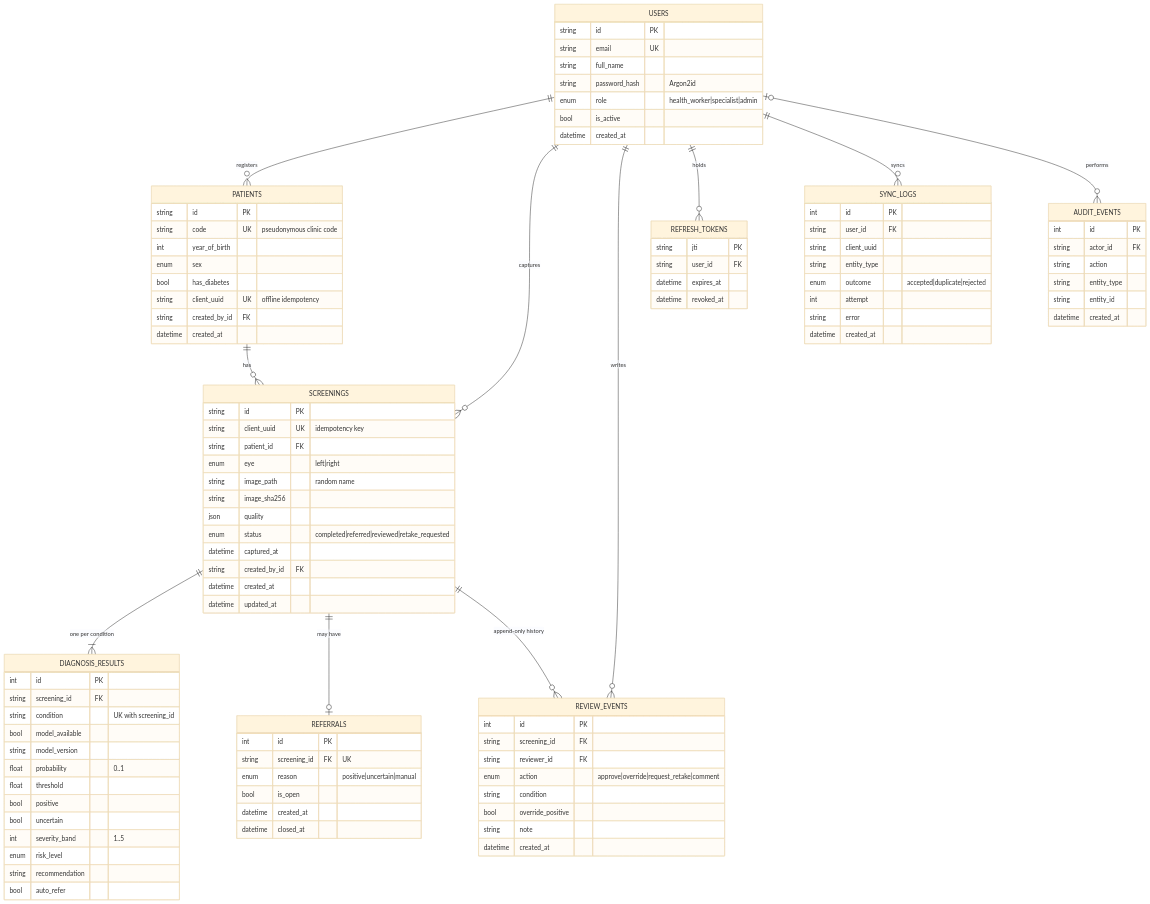
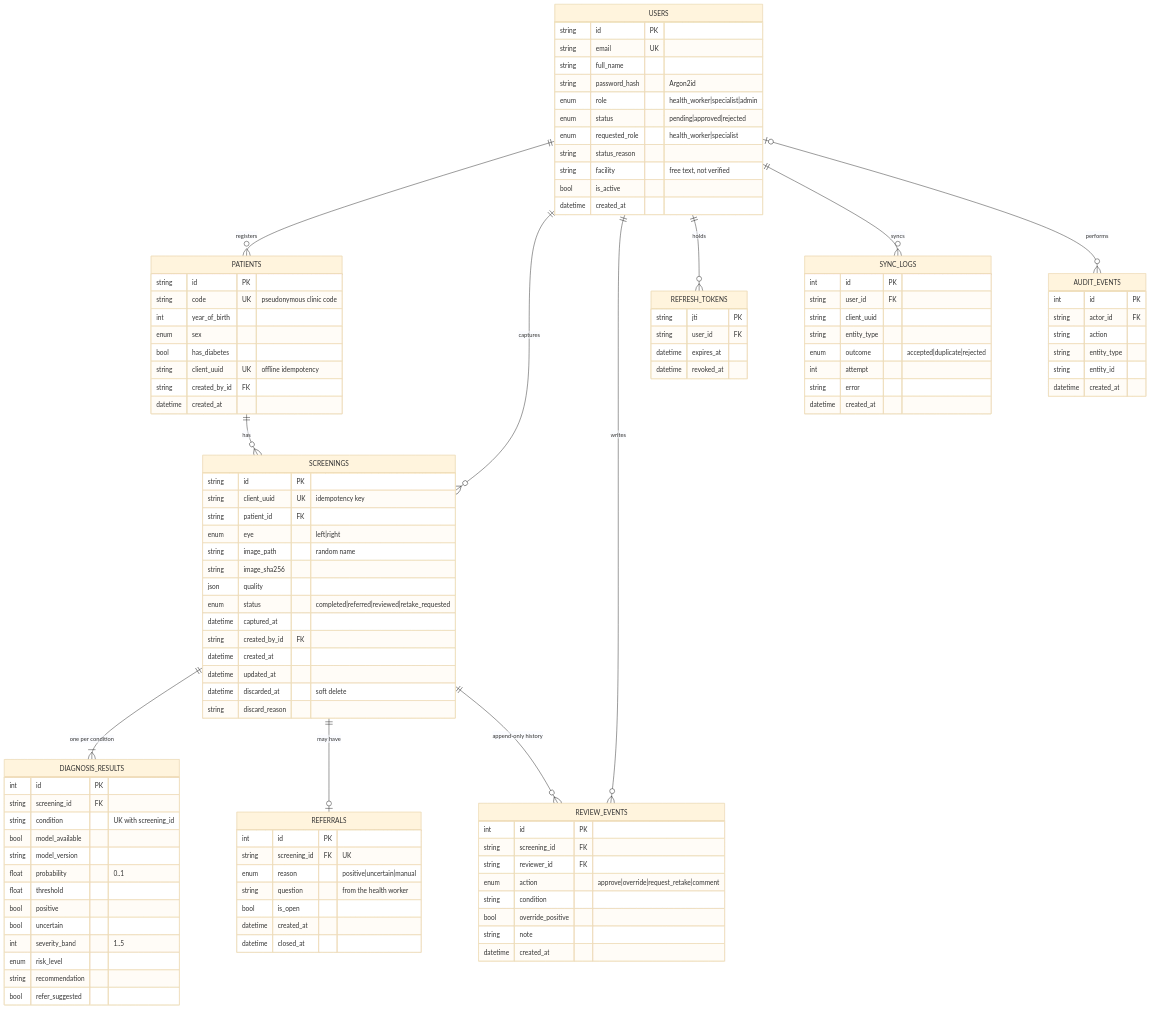
The diagram in docs/diagrams/src/erd.mmd (Mikekimm/michael-kimani-eye-screening-capstone), drawn with Mermaid (base theme) before and after one commit. The commit also changed 7 other files, not shown here.

Commit message:
docs(diagrams): ask-a-specialist referral, fundus check, sign-up requests and soft delete

```diff
--- a/docs/diagrams/src/erd.mmd
+++ b/docs/diagrams/src/erd.mmd
@@ -1,102 +1,109 @@
 erDiagram
   USERS ||--o{ PATIENTS : registers
   USERS ||--o{ SCREENINGS : captures
   USERS ||--o{ REVIEW_EVENTS : writes
   USERS ||--o{ REFRESH_TOKENS : holds
   USERS ||--o{ SYNC_LOGS : syncs
   USERS |o--o{ AUDIT_EVENTS : performs
   PATIENTS ||--o{ SCREENINGS : has
   SCREENINGS ||--|{ DIAGNOSIS_RESULTS : "one per condition"
   SCREENINGS ||--o| REFERRALS : "may have"
   SCREENINGS ||--o{ REVIEW_EVENTS : "append-only history"
 
   USERS {
     string id PK
     string email UK
     string full_name
     string password_hash "Argon2id"
     enum role "health_worker|specialist|admin"
+    enum status "pending|approved|rejected"
+    enum requested_role "health_worker|specialist"
+    string status_reason
+    string facility "free text, not verified"
     bool is_active
     datetime created_at
   }
   REFRESH_TOKENS {
     string jti PK
     string user_id FK
     datetime expires_at
     datetime revoked_at
   }
   PATIENTS {
     string id PK
     string code UK "pseudonymous clinic code"
     int year_of_birth
     enum sex
     bool has_diabetes
     string client_uuid UK "offline idempotency"
     string created_by_id FK
     datetime created_at
   }
   SCREENINGS {
     string id PK
     string client_uuid UK "idempotency key"
     string patient_id FK
     enum eye "left|right"
     string image_path "random name"
     string image_sha256
     json quality
     enum status "completed|referred|reviewed|retake_requested"
     datetime captured_at
     string created_by_id FK
     datetime created_at
     datetime updated_at
+    datetime discarded_at "soft delete"
+    string discard_reason
   }
   DIAGNOSIS_RESULTS {
     int id PK
     string screening_id FK
     string condition "UK with screening_id"
     bool model_available
     string model_version
     float probability "0..1"
     float threshold
     bool positive
     bool uncertain
     int severity_band "1..5"
     enum risk_level
     string recommendation
-    bool auto_refer
+    bool refer_suggested
   }
   REFERRALS {
     int id PK
     string screening_id FK "UK"
     enum reason "positive|uncertain|manual"
+    string question "from the health worker"
     bool is_open
     datetime created_at
     datetime closed_at
   }
   REVIEW_EVENTS {
     int id PK
     string screening_id FK
     string reviewer_id FK
     enum action "approve|override|request_retake|comment"
     string condition
     bool override_positive
     string note
     datetime created_at
   }
   SYNC_LOGS {
     int id PK
     string user_id FK
     string client_uuid
     string entity_type
     enum outcome "accepted|duplicate|rejected"
     int attempt
     string error
     datetime created_at
   }
   AUDIT_EVENTS {
     int id PK
     string actor_id FK
     string action
     string entity_type
     string entity_id
     datetime created_at
   }
```
